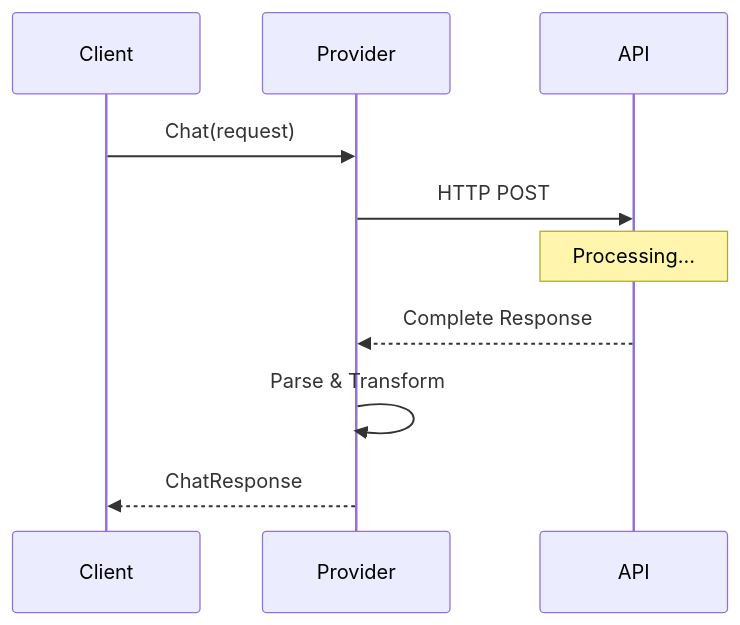
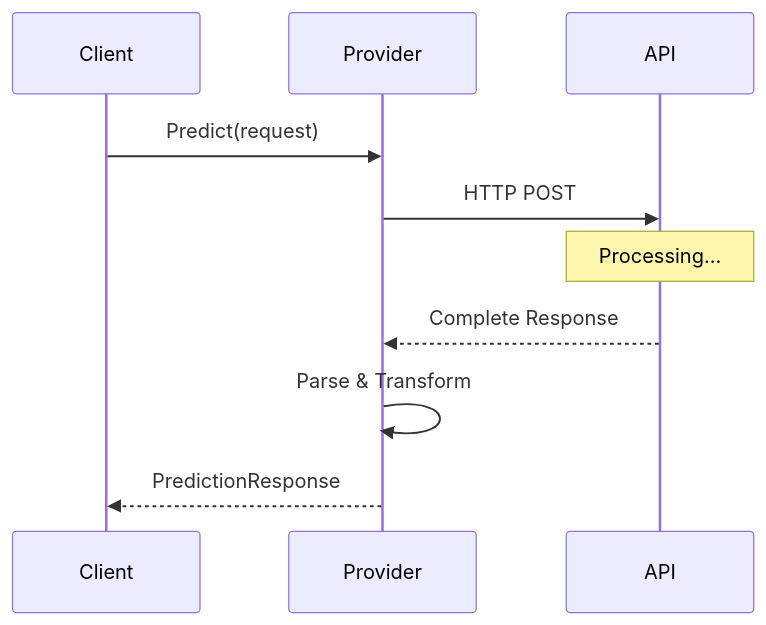
One commit to AltairaLabs/PromptKit changed the fourth of 9 diagrams in docs/src/content/docs/architecture/runtime-providers.md. Above: the diagram before and after it, drawn with Mermaid. The commit also changed other lines of this file and 83 other files, not shown here.

````diff
--- a/docs/src/content/docs/architecture/runtime-providers.md
+++ b/docs/src/content/docs/architecture/runtime-providers.md
@@ -366,13 +378,13 @@
 ```mermaid
 sequenceDiagram
     participant Client
     participant Provider
     participant API
 
-    Client->>Provider: Chat(request)
+    Client->>Provider: Predict(request)
     Provider->>API: HTTP POST
     Note over API: Processing...
     API-->>Provider: Complete Response
     Provider->>Provider: Parse & Transform
-    Provider-->>Client: ChatResponse
+    Provider-->>Client: PredictionResponse
 ```
````
